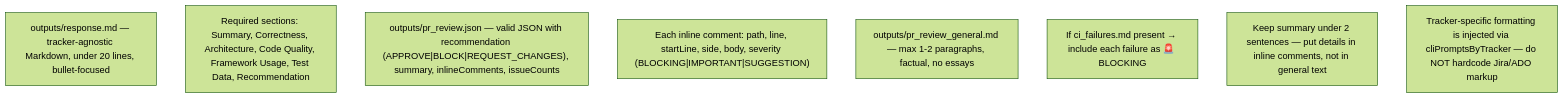
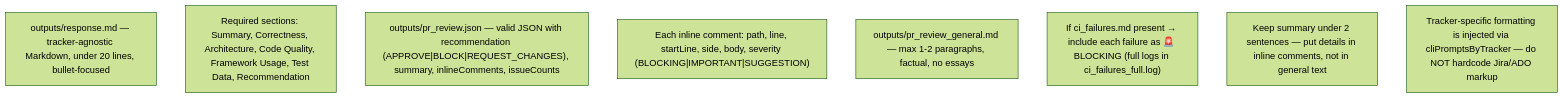
The diagram in instructions/pr_test_automation_review/formatting_rules.md (IstiN/dmtools-agents), drawn with Mermaid (forest theme) before and after one commit. The commit also changed 22 other files, not shown here.

Commit message:
feat(agents): keep 500-line summary in ci_failures.md and write full logs to ci_failures_full.log

````diff
--- a/instructions/pr_test_automation_review/formatting_rules.md
+++ b/instructions/pr_test_automation_review/formatting_rules.md
@@ -1,11 +1,11 @@
 ```mermaid
 flowchart TD
     F1["outputs/response.md — tracker-agnostic Markdown, under 20 lines, bullet-focused"]
     F2["Required sections: Summary, Correctness, Architecture, Code Quality, Framework Usage, Test Data, Recommendation"]
     F3["outputs/pr_review.json — valid JSON with recommendation (APPROVE|BLOCK|REQUEST_CHANGES), summary, inlineComments, issueCounts"]
     F4["Each inline comment: path, line, startLine, side, body, severity (BLOCKING|IMPORTANT|SUGGESTION)"]
     F5["outputs/pr_review_general.md — max 1-2 paragraphs, factual, no essays"]
-    F6["If ci_failures.md present → include each failure as 🚨 BLOCKING"]
+    F6["If ci_failures.md present → include each failure as 🚨 BLOCKING (full logs in ci_failures_full.log)"]
     F7["Keep summary under 2 sentences — put details in inline comments, not in general text"]
     F8["Tracker-specific formatting is injected via cliPromptsByTracker — do NOT hardcode Jira/ADO markup"]
 ```
````
